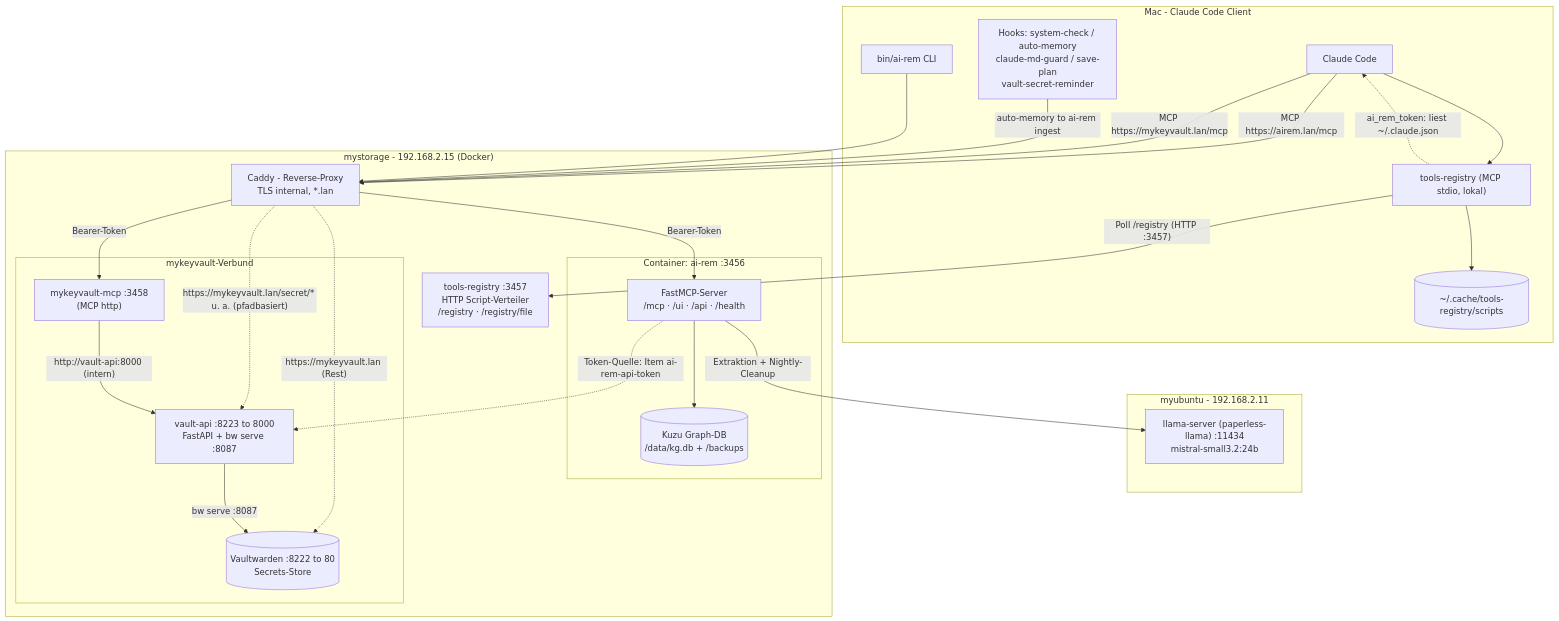
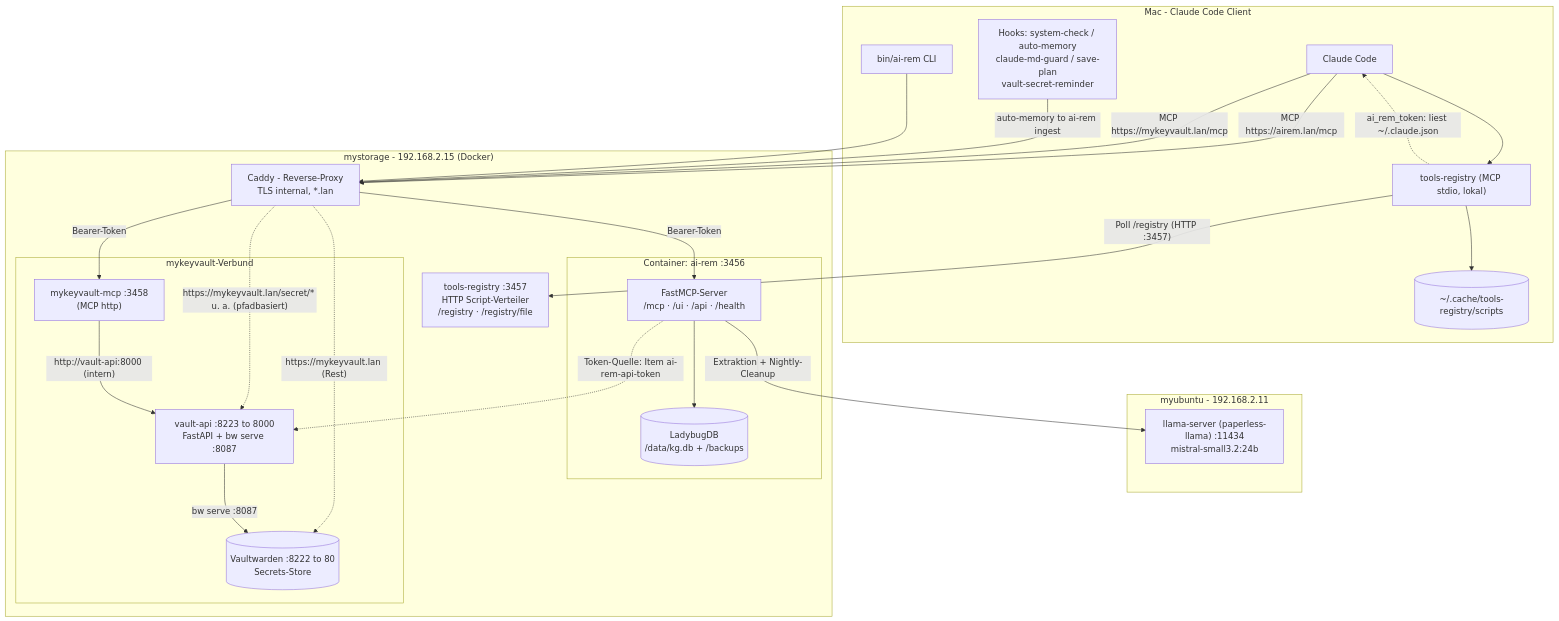
One commit to markus7h/ai-rem changed the diagram in docs/architecture.md. Above: the diagram before and after it, drawn with Mermaid. The commit also changed other lines of this file and 29 other files, not shown here.

First line of the commit message:
feat: LadybugDB 0.20.2 statt archiviertem Kuzu 0.11.3 (v0.9.0) (#123)

````diff
--- a/docs/architecture.md
+++ b/docs/architecture.md
@@ -11,55 +11,55 @@
 ```mermaid
 flowchart TB
   subgraph MAC["Mac - Claude Code Client"]
     CC["Claude Code"]
     HOOKS["Hooks: system-check / auto-memory<br/>claude-md-guard / save-plan<br/>vault-secret-reminder"]
     CLI["bin/ai-rem CLI"]
     TMCP["tools-registry (MCP stdio, lokal)"]
     CACHE[("~/.cache/tools-registry/scripts")]
   end
 
   subgraph UBU["myubuntu - 192.168.2.11"]
     OLLAMA["llama-server (paperless-llama) :11434<br/>mistral-small3.2:24b"]
   end
 
   subgraph STORAGE["mystorage - 192.168.2.15 (Docker)"]
     CADDY["Caddy - Reverse-Proxy<br/>TLS internal, *.lan"]
     subgraph AIREM_C["Container: ai-rem :3456"]
       AIREM["FastMCP-Server<br/>/mcp · /ui · /api · /health"]
-      KUZU[("Kuzu Graph-DB<br/>/data/kg.db + /backups")]
+      LADYBUG[("LadybugDB<br/>/data/kg.db + /backups")]
     end
     subgraph KV["mykeyvault-Verbund"]
       KVMCP["mykeyvault-mcp :3458<br/>(MCP http)"]
       VAPI["vault-api :8223 to 8000<br/>FastAPI + bw serve :8087"]
       VW[("Vaultwarden :8222 to 80<br/>Secrets-Store")]
     end
     REG["tools-registry :3457<br/>HTTP Script-Verteiler<br/>/registry · /registry/file"]
   end
 
   %% MCP-Kanaele (Bearer-Token ai-rem-api-token)
   CC -- "MCP https://airem.lan/mcp" --> CADDY
   CC -- "MCP https://mykeyvault.lan/mcp" --> CADDY
   CADDY -- "Bearer-Token" --> AIREM
   CADDY -- "Bearer-Token" --> KVMCP
   CADDY -. "https://mykeyvault.lan/secret/* u. a. (pfadbasiert)" .-> VAPI
   CADDY -. "https://mykeyvault.lan (Rest)" .-> VW
 
   %% tools-registry lokal
   CC --> TMCP
   TMCP -- "Poll /registry (HTTP :3457)" --> REG
   TMCP --> CACHE
   TMCP -. "ai_rem_token: liest ~/.claude.json" .-> CC
 
   %% Hooks und CLI
   HOOKS -- "auto-memory to ai-rem ingest" --> CADDY
   CLI --> CADDY
 
   %% ai-rem Abhaengigkeiten
-  AIREM --> KUZU
+  AIREM --> LADYBUG
   AIREM -- "Extraktion + Nightly-Cleanup" --> OLLAMA
 
   %% Secrets-Fluss
   KVMCP -- "http://vault-api:8000 (intern)" --> VAPI
   VAPI -- "bw serve :8087" --> VW
   AIREM -. "Token-Quelle: Item ai-rem-api-token" .-> VAPI
 ```
````
